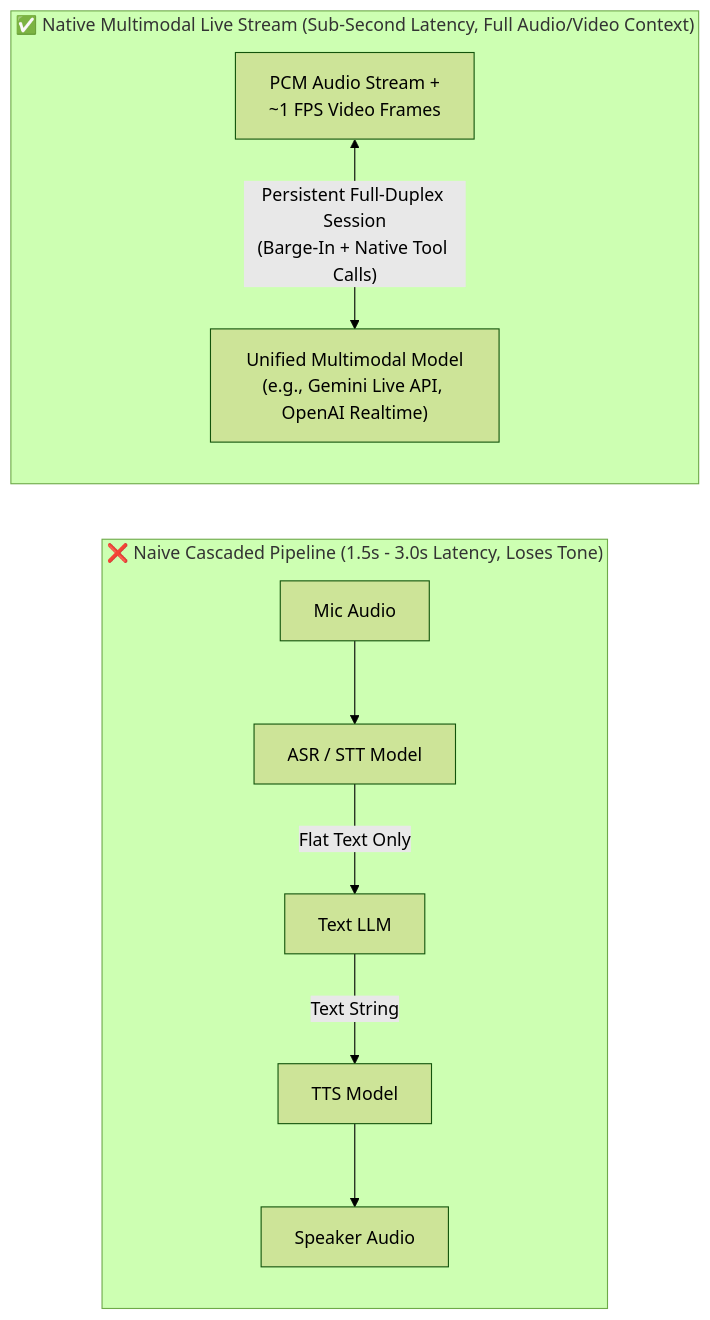
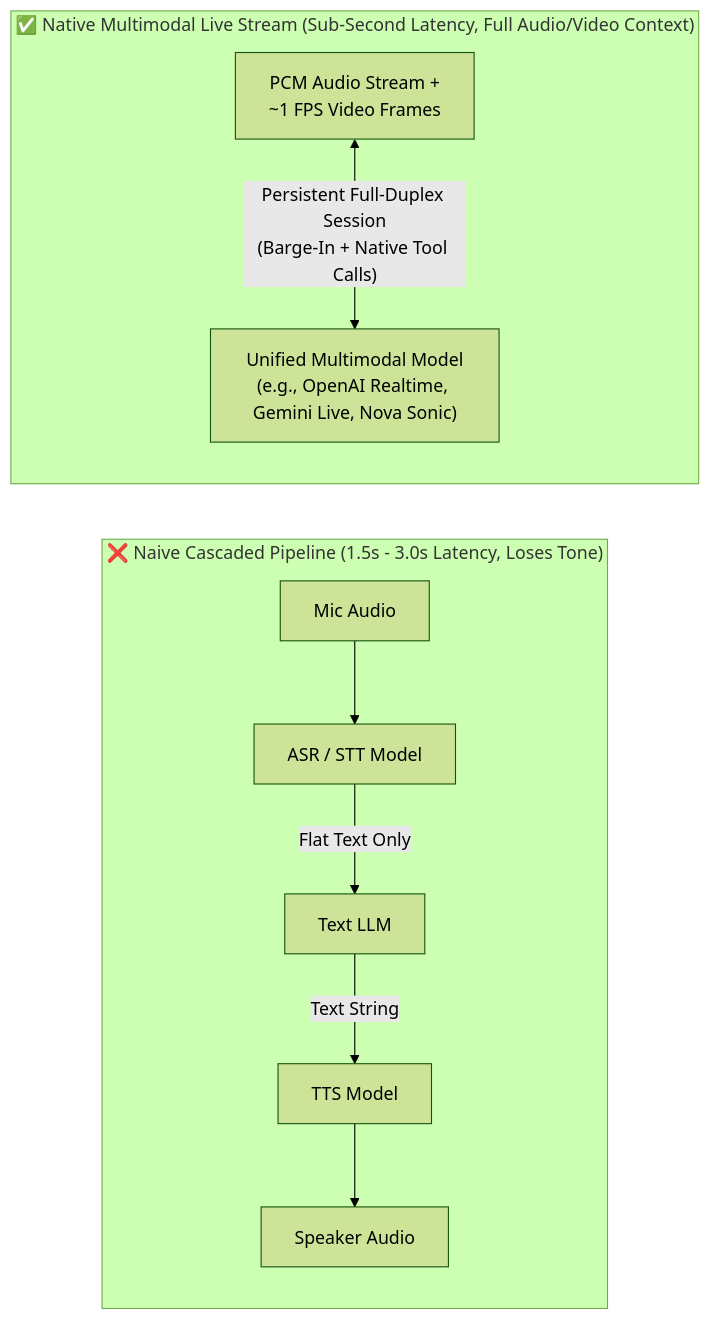
Before and after one commit to Rajdipc/agentic-ai-orchestration-patterns: the first of 2 diagrams in chapter-14-multimodal-computer-use-and-streaming-agents.md, drawn with Mermaid (forest theme). The commit also changed other lines of this file and 18 other files, not shown here.

````diff
--- a/chapter-14-multimodal-computer-use-and-streaming-agents.md
+++ b/chapter-14-multimodal-computer-use-and-streaming-agents.md
@@ -31,13 +31,13 @@
 ```mermaid
 flowchart LR
     subgraph Cascaded["❌ Naive Cascaded Pipeline (1.5s - 3.0s Latency, Loses Tone)"]
         A1["Mic Audio"] --> STT["ASR / STT Model"]
         STT -- "Flat Text Only" --> TLLM["Text LLM"]
         TLLM -- "Text String" --> TTS["TTS Model"]
         TTS --> Out1["Speaker Audio"]
     end
 
     subgraph NativeLive["✅ Native Multimodal Live Stream (Sub-Second Latency, Full Audio/Video Context)"]
-        M1["PCM Audio Stream +<br/>~1 FPS Video Frames"] <-->|"Persistent Full-Duplex Session<br/>(Barge-In + Native Tool Calls)"| Live["Unified Multimodal Model<br/>(e.g., Gemini Live API, OpenAI Realtime)"]
+        M1["PCM Audio Stream +<br/>~1 FPS Video Frames"] <-->|"Persistent Full-Duplex Session<br/>(Barge-In + Native Tool Calls)"| Live["Unified Multimodal Model<br/>(e.g., OpenAI Realtime, Gemini Live, Nova Sonic)"]
     end
 ```
````
